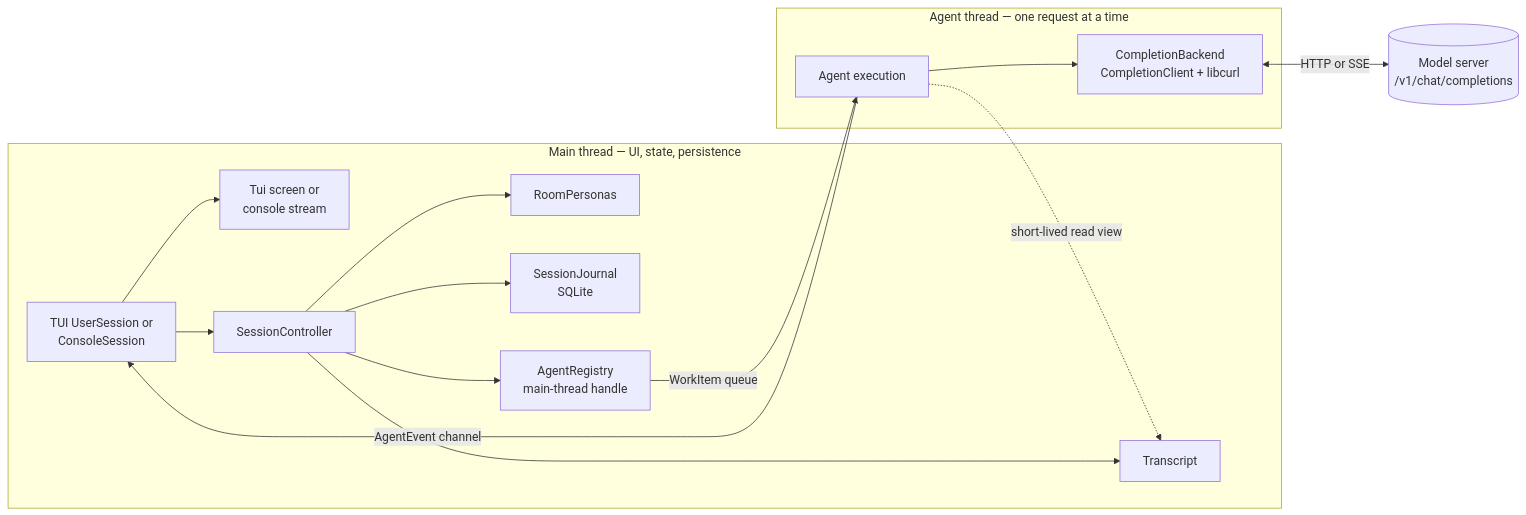
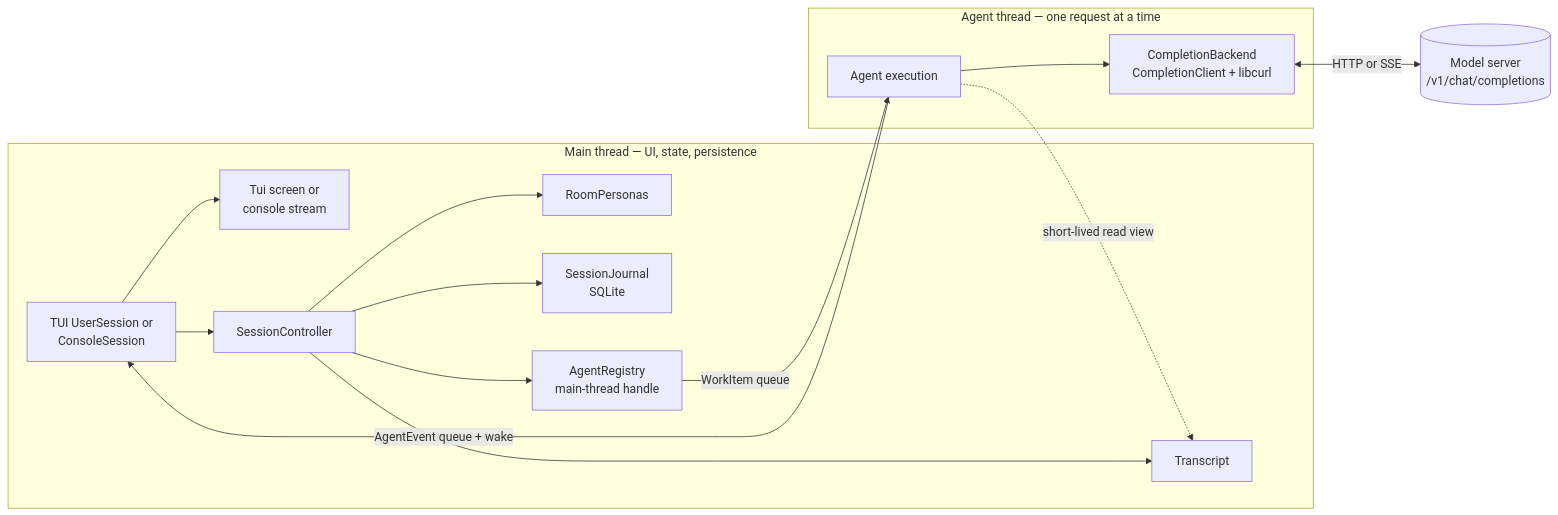
The first of 4 diagrams in src/README.md (michaelpopov/cha), drawn with Mermaid before and after one commit. The commit also changed other lines of this file and 39 other files, not shown here.

````diff
--- a/src/README.md
+++ b/src/README.md
@@ -92,31 +92,31 @@
 ```mermaid
 flowchart LR
     subgraph mainthread["Main thread — UI, state, persistence"]
         frontend["TUI UserSession or<br/>ConsoleSession"]
         presentation["Tui screen or<br/>console stream"]
         controller["SessionController"]
         conv["Transcript"]
         personas["RoomPersonas"]
         journal["SessionJournal<br/>SQLite"]
         registry["AgentRegistry<br/>main-thread handle"]
     end
 
     subgraph agentthread["Agent thread — one request at a time"]
         execution["Agent execution"]
         backend["CompletionBackend<br/>CompletionClient + libcurl"]
     end
 
     provider[("Model server<br/>/v1/chat/completions")]
 
     frontend --> presentation
     frontend --> controller
     controller --> conv
     controller --> personas
     controller --> journal
     controller --> registry
     registry -->|"WorkItem queue"| execution
     execution --> backend
     backend <-->|"HTTP or SSE"| provider
-    execution -->|"AgentEvent channel"| frontend
+    execution -->|"AgentEvent queue + wake"| frontend
     execution -.->|"short-lived read view"| conv
 ```
````
